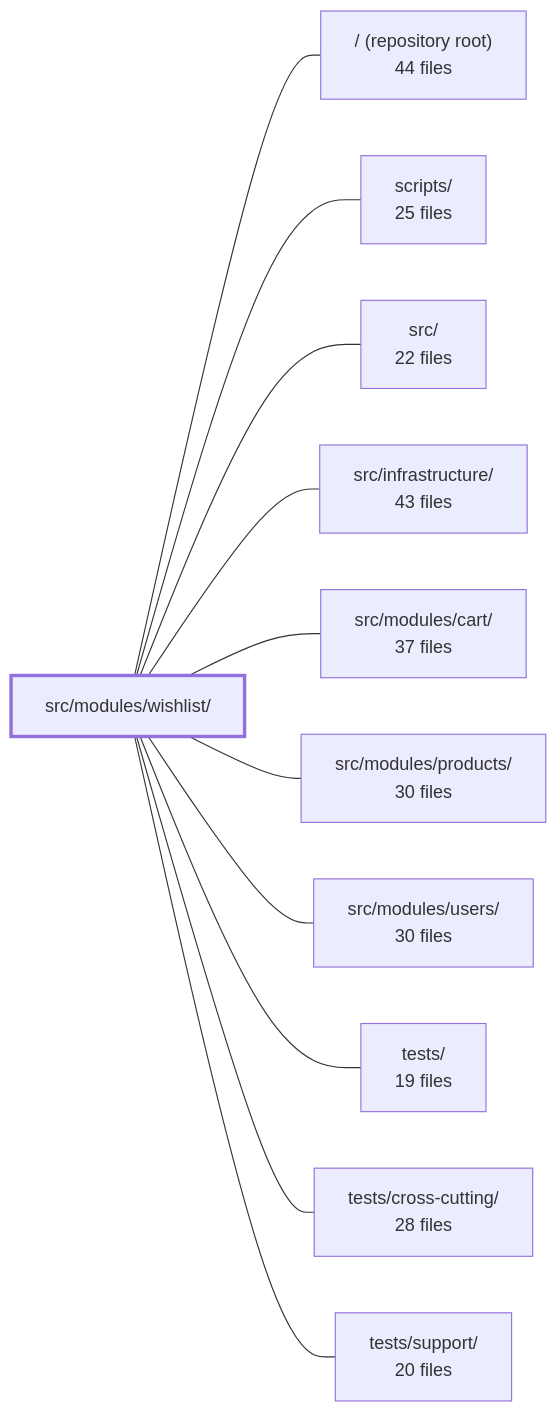
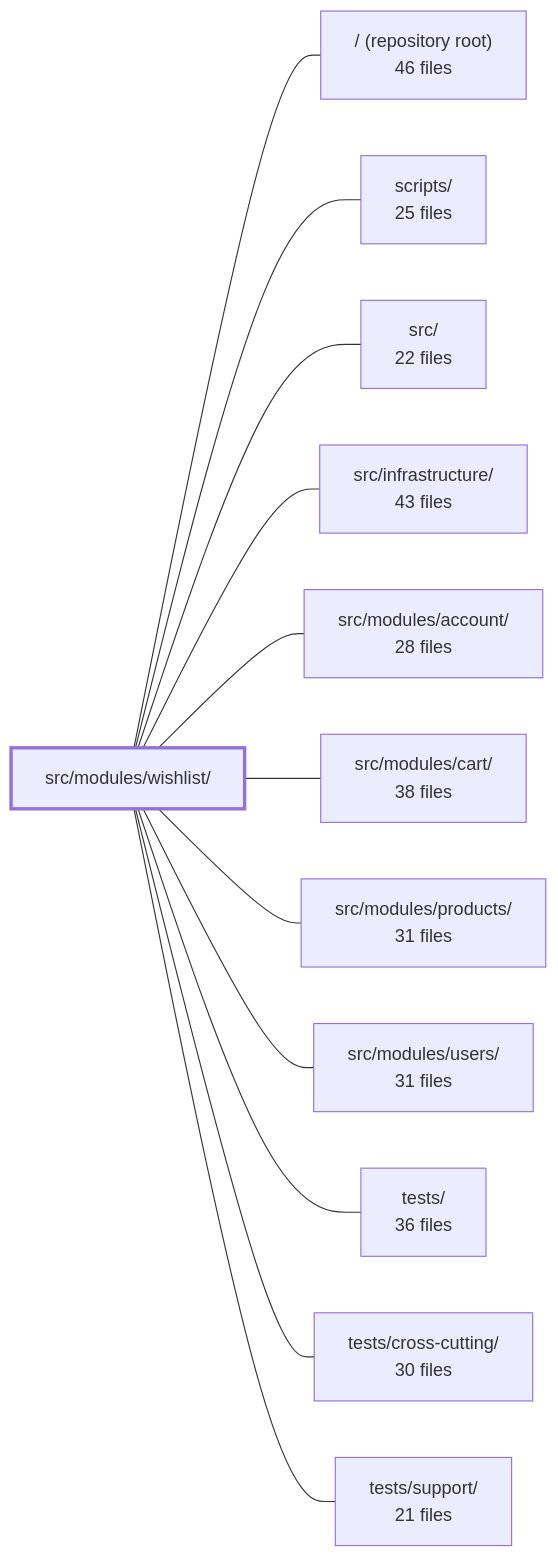
The diagram in .2repo/modules/boilerplate-node-backend_src_modules_wishlist.md (Guebbit/boilerplate-node-backend), drawn with Mermaid before and after one commit. The commit also changed other lines of this file and 302 other files, not shown here.

First line of the commit message:
chore(2repo): refresh repo context, wiki, and architecture snapshots

````diff
--- a/.2repo/modules/boilerplate-node-backend_src_modules_wishlist.md
+++ b/.2repo/modules/boilerplate-node-backend_src_modules_wishlist.md
@@ -40,25 +43,27 @@
 ```mermaid
 flowchart LR
     m_src_modules_wishlist["src/modules/wishlist/"]
-    m_root["/ (repository root)<br/>44 files"]
+    m_root["/ (repository root)<br/>46 files"]
     m_scripts["scripts/<br/>25 files"]
     m_src["src/<br/>22 files"]
     m_src_infrastructure["src/infrastructure/<br/>43 files"]
-    m_src_modules_cart["src/modules/cart/<br/>37 files"]
-    m_src_modules_products["src/modules/products/<br/>30 files"]
-    m_src_modules_users["src/modules/users/<br/>30 files"]
-    m_tests["tests/<br/>19 files"]
-    m_tests_cross_cutting["tests/cross-cutting/<br/>28 files"]
-    m_tests_support["tests/support/<br/>20 files"]
+    m_src_modules_account["src/modules/account/<br/>28 files"]
+    m_src_modules_cart["src/modules/cart/<br/>38 files"]
+    m_src_modules_products["src/modules/products/<br/>31 files"]
+    m_src_modules_users["src/modules/users/<br/>31 files"]
+    m_tests["tests/<br/>36 files"]
+    m_tests_cross_cutting["tests/cross-cutting/<br/>30 files"]
+    m_tests_support["tests/support/<br/>21 files"]
     m_src_modules_wishlist --- m_root
     m_src_modules_wishlist --- m_scripts
     m_src_modules_wishlist --- m_src
     m_src_modules_wishlist --- m_src_infrastructure
+    m_src_modules_wishlist --- m_src_modules_account
     m_src_modules_wishlist --- m_src_modules_cart
     m_src_modules_wishlist --- m_src_modules_products
     m_src_modules_wishlist --- m_src_modules_users
     m_src_modules_wishlist --- m_tests
     m_src_modules_wishlist --- m_tests_cross_cutting
     m_src_modules_wishlist --- m_tests_support
     style m_src_modules_wishlist stroke-width:3px
 ```
````
